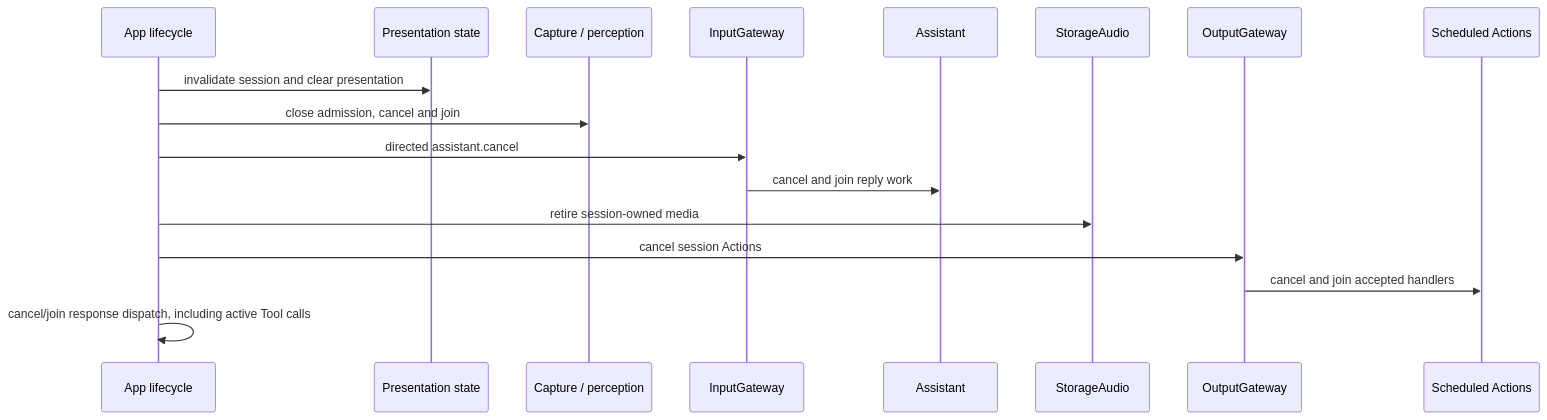
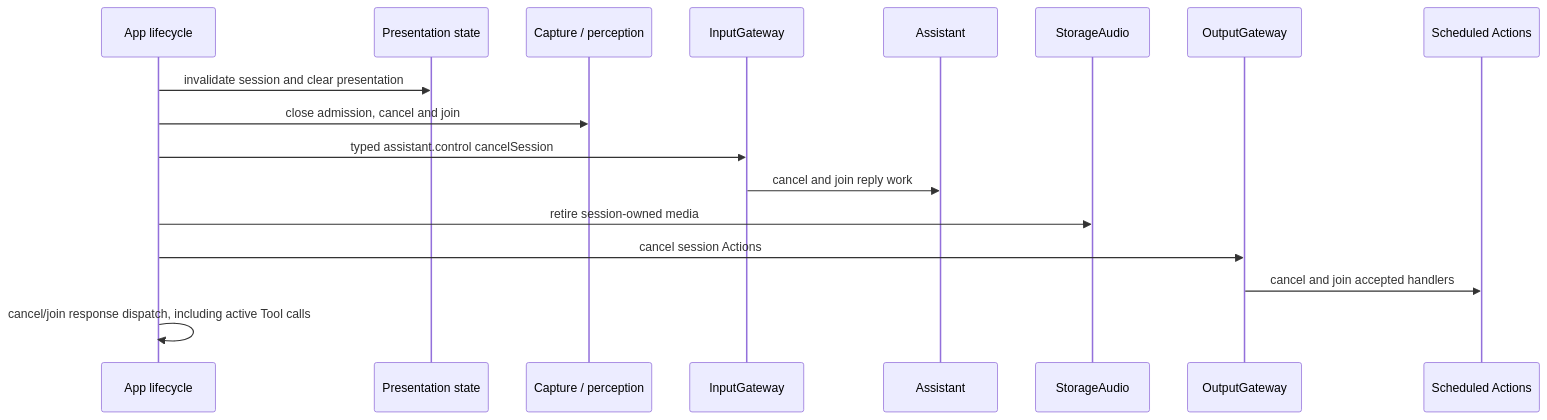
Before and after one commit to devilyouwei/MobileHarness: diagram 11 of 29 in MobileHarness/README.md, drawn with Mermaid. The commit also changed other lines of this file and 201 other files, not shown here.

````diff
--- a/MobileHarness/README.md
+++ b/MobileHarness/README.md
@@ -684,19 +717,19 @@
 ```mermaid
 sequenceDiagram
     participant App as App lifecycle
     participant UI as Presentation state
     participant Producers as Capture / perception
     participant Input as InputGateway
     participant Assistant
     participant Audio as StorageAudio
     participant Output as OutputGateway
     participant Actions as Scheduled Actions
     App->>UI: invalidate session and clear presentation
     App->>Producers: close admission, cancel and join
-    App->>Input: directed assistant.cancel
+    App->>Input: typed assistant.control cancelSession
     Input->>Assistant: cancel and join reply work
     App->>Audio: retire session-owned media
     App->>Output: cancel session Actions
     Output->>Actions: cancel and join accepted handlers
     App->>App: cancel/join response dispatch, including active Tool calls
 ```
````
